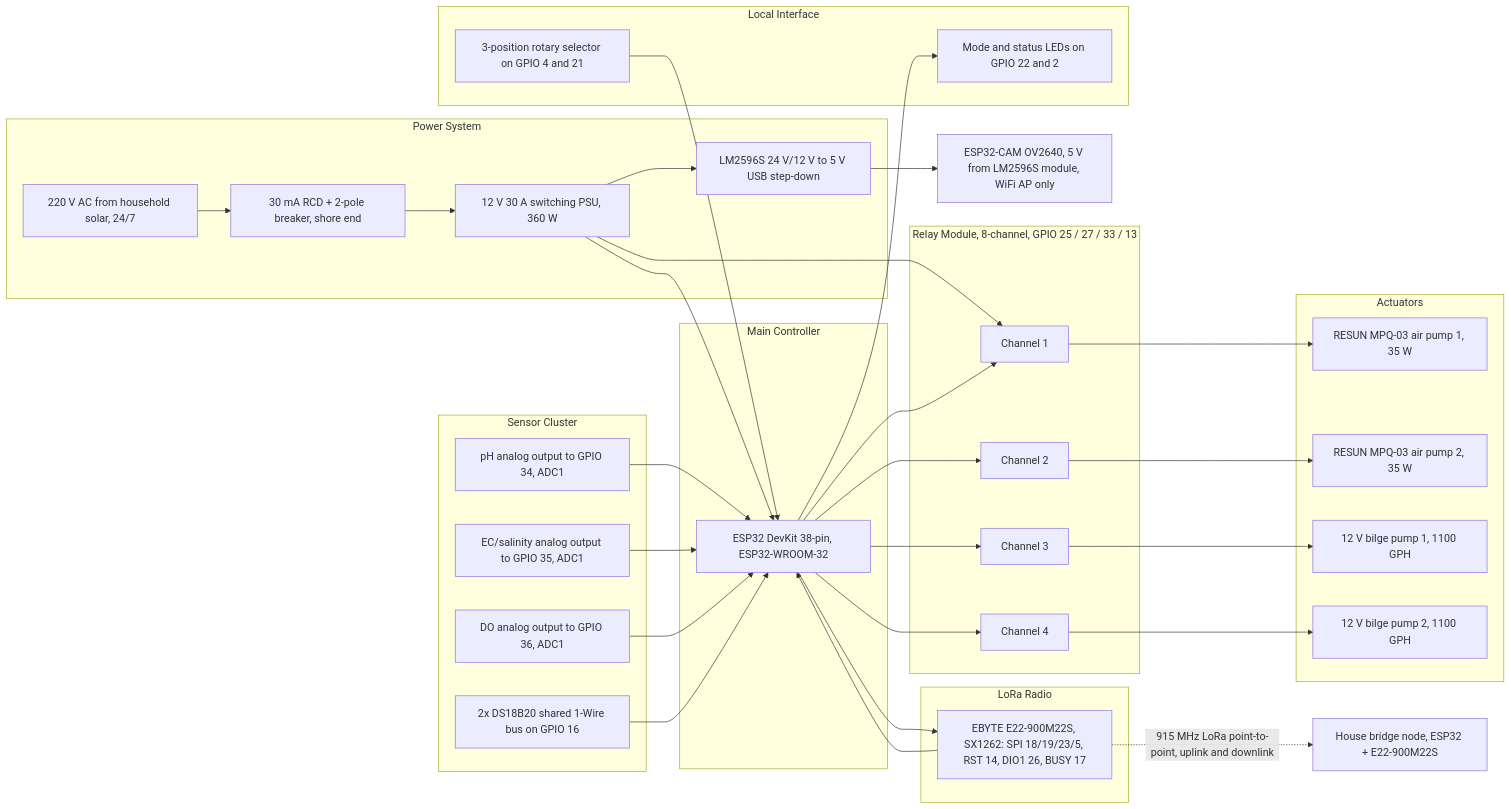
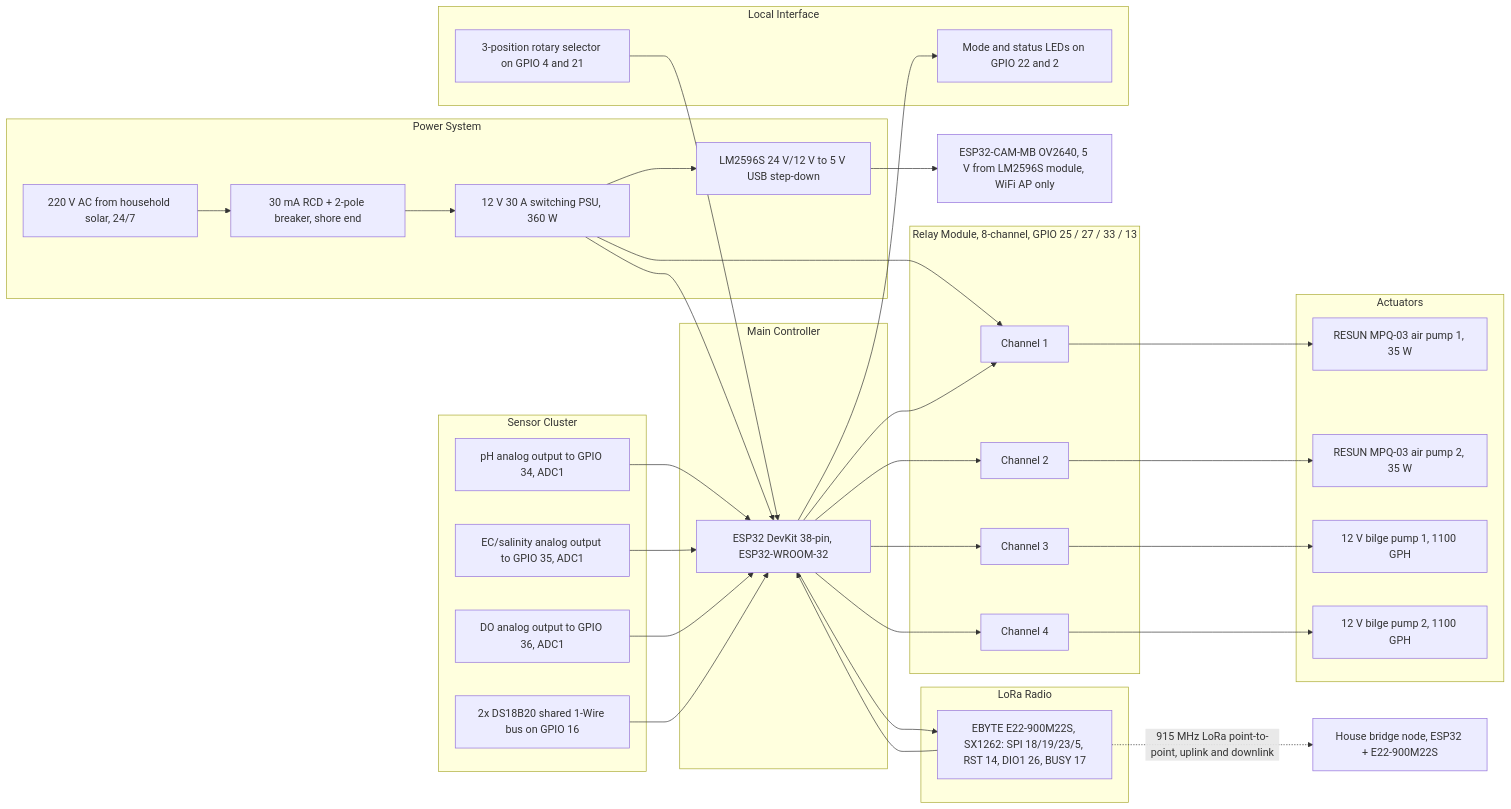
Before and after one commit to qppd/crab-grid-smart-aeration: the diagram in docs/BLOCK-DIAGRAM.md, drawn with Mermaid. The commit also changed other lines of this file and 6 other files, not shown here.

Commit message:
Update ESP32-CAM to ESP32-CAM-MB across all docs

````diff
--- a/docs/BLOCK-DIAGRAM.md
+++ b/docs/BLOCK-DIAGRAM.md
@@ -9,66 +9,66 @@
 ```mermaid
 flowchart LR
     subgraph PWR["Power System"]
         AC["220 V AC from household solar, 24/7"] --> RCD["30 mA RCD + 2-pole breaker, shore end"]
         RCD --> PSU["12 V 30 A switching PSU, 360 W"]
         PSU --> BUCK["LM2596S 24 V/12 V to 5 V USB step-down"]
     end
 
     subgraph CTRL["Main Controller"]
         CORE["ESP32 DevKit 38-pin, ESP32-WROOM-32"]
     end
 
     subgraph SEN["Sensor Cluster"]
         S1["pH analog output to GPIO 34, ADC1"]
         S2["EC/salinity analog output to GPIO 35, ADC1"]
         S3["DO analog output to GPIO 36, ADC1"]
         S4["2x DS18B20 shared 1-Wire bus on GPIO 16"]
     end
 
     subgraph RAD["LoRa Radio"]
         R1["EBYTE E22-900M22S, SX1262: SPI 18/19/23/5, RST 14, DIO1 26, BUSY 17"]
     end
 
     subgraph RLY["Relay Module, 8-channel, GPIO 25 / 27 / 33 / 13"]
         K1["Channel 1"]
         K2["Channel 2"]
         K3["Channel 3"]
         K4["Channel 4"]
     end
 
     subgraph ACT["Actuators"]
         P1["RESUN MPQ-03 air pump 1, 35 W"]
         P2["RESUN MPQ-03 air pump 2, 35 W"]
         P3["12 V bilge pump 1, 1100 GPH"]
         P4["12 V bilge pump 2, 1100 GPH"]
     end
 
     subgraph LOC["Local Interface"]
         H1["3-position rotary selector on GPIO 4 and 21"]
         H2["Mode and status LEDs on GPIO 22 and 2"]
     end
 
     BR["House bridge node, ESP32 + E22-900M22S"]
-    V1["ESP32-CAM OV2640, 5 V from LM2596S module, WiFi AP only"]
+    V1["ESP32-CAM-MB OV2640, 5 V from LM2596S module, WiFi AP only"]
 
     PSU --> CORE
     PSU --> K1
     BUCK --> V1
     S1 --> CORE
     S2 --> CORE
     S3 --> CORE
     S4 --> CORE
     CORE --> R1
     R1 --> CORE
     R1 -. 915 MHz LoRa point-to-point, uplink and downlink .-> BR
     CORE --> K1
     CORE --> K2
     CORE --> K3
     CORE --> K4
     K1 --> P1
     K2 --> P2
     K3 --> P3
     K4 --> P4
     H1 --> CORE
     CORE --> H2
 ```
````
